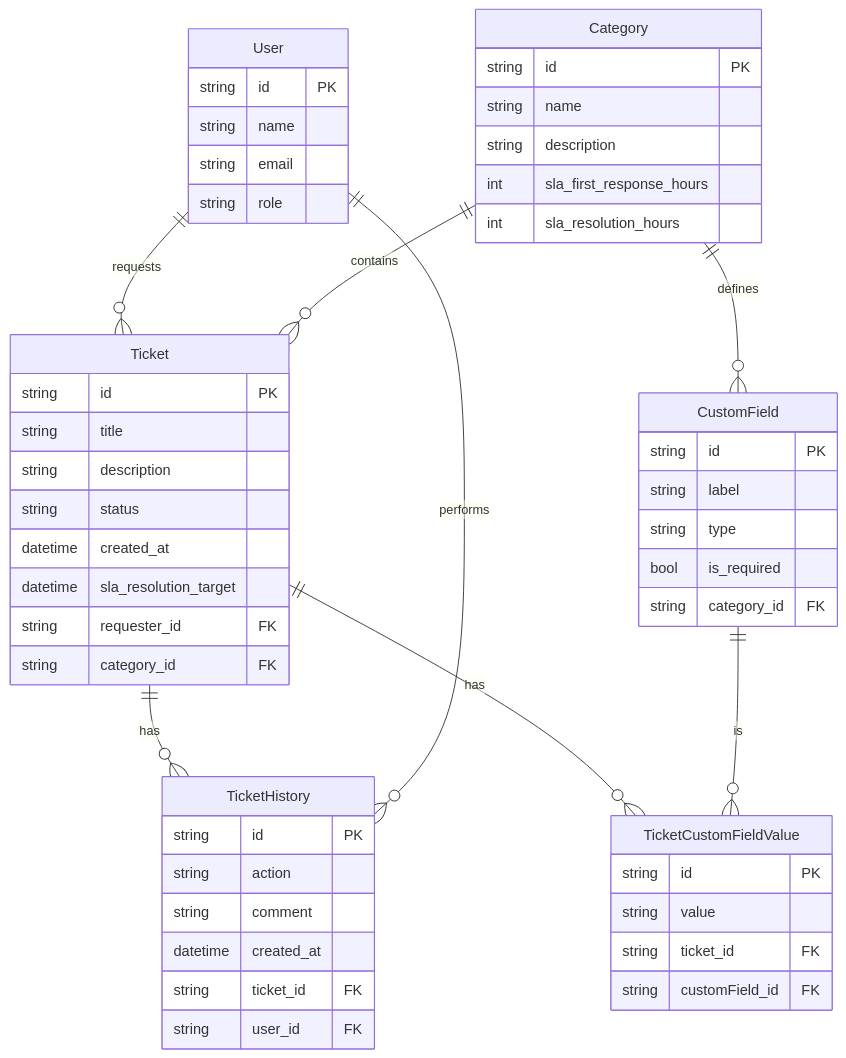
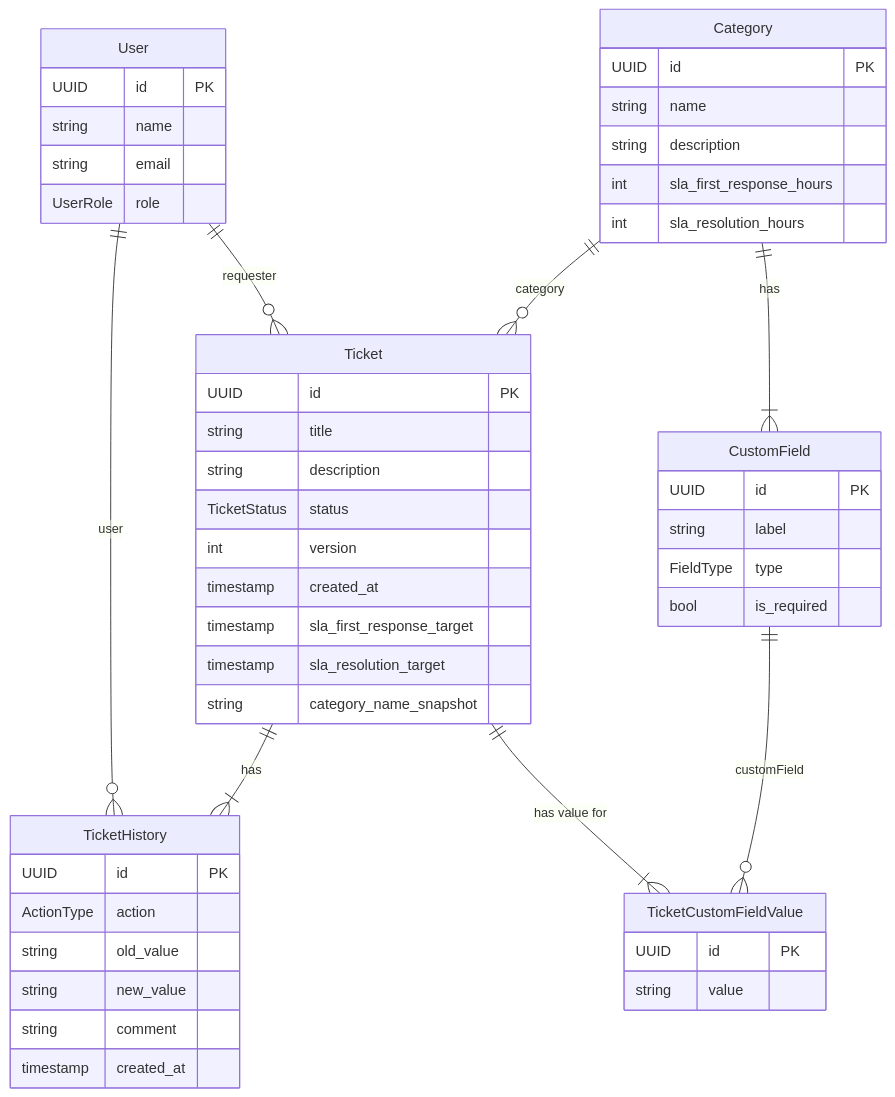
One commit to jhonsound/ServiceDesk changed the diagram in docs/DB-DIAGRAM.md. Above: the diagram before and after it, drawn with Mermaid. The commit also changed other lines of this file and 5 other files, not shown here.

Commit message:
feat(docs): update files Roadmap

````diff
--- a/docs/DB-DIAGRAM.md
+++ b/docs/DB-DIAGRAM.md
@@ -5,60 +5,62 @@
 ```mermaid
 erDiagram
     User {
-        string id PK
+        UUID id PK
         string name
         string email
-        string role
+        UserRole role
     }
 
     Category {
-        string id PK
+        UUID id PK
         string name
         string description
         int sla_first_response_hours
         int sla_resolution_hours
     }
 
     CustomField {
-        string id PK
+        UUID id PK
         string label
-        string type
+        FieldType type
         bool is_required
-        string category_id FK
     }
 
     Ticket {
-        string id PK
+        UUID id PK
         string title
         string description
-        string status
-        datetime created_at
-        datetime sla_resolution_target
-        string requester_id FK
-        string category_id FK
+        TicketStatus status
+        int version
+        timestamp created_at
+        timestamp sla_first_response_target
+        timestamp sla_resolution_target
+        string category_name_snapshot
     }
 
     TicketHistory {
-        string id PK
-        string action
+        UUID id PK
+        ActionType action
+        string old_value
+        string new_value
         string comment
-        datetime created_at
-        string ticket_id FK
-        string user_id FK
+        timestamp created_at
     }
 
     TicketCustomFieldValue {
-        string id PK
+        UUID id PK
         string value
-        string ticket_id FK
-        string customField_id FK
     }
 
-    User ||--o{ Ticket : "requests"
-    Category ||--o{ Ticket : "contains"
-    Category ||--o{ CustomField : "defines"
-    Ticket ||--o{ TicketHistory : "has"
-    User ||--o{ TicketHistory : "performs"
-    Ticket ||--o{ TicketCustomFieldValue : "has"
-    CustomField ||--o{ TicketCustomFieldValue : "is"
+    User ||--o{ Ticket : requester
+    User ||--o{ TicketHistory : user
+
+    Category ||--o{ Ticket : category
+    Category ||--|{ CustomField : "has"
+
+    Ticket ||--|{ TicketHistory : "has"
+    Ticket ||--|{ TicketCustomFieldValue : "has value for"
+
+    CustomField ||--o{ TicketCustomFieldValue : customField
+
 ```
````
